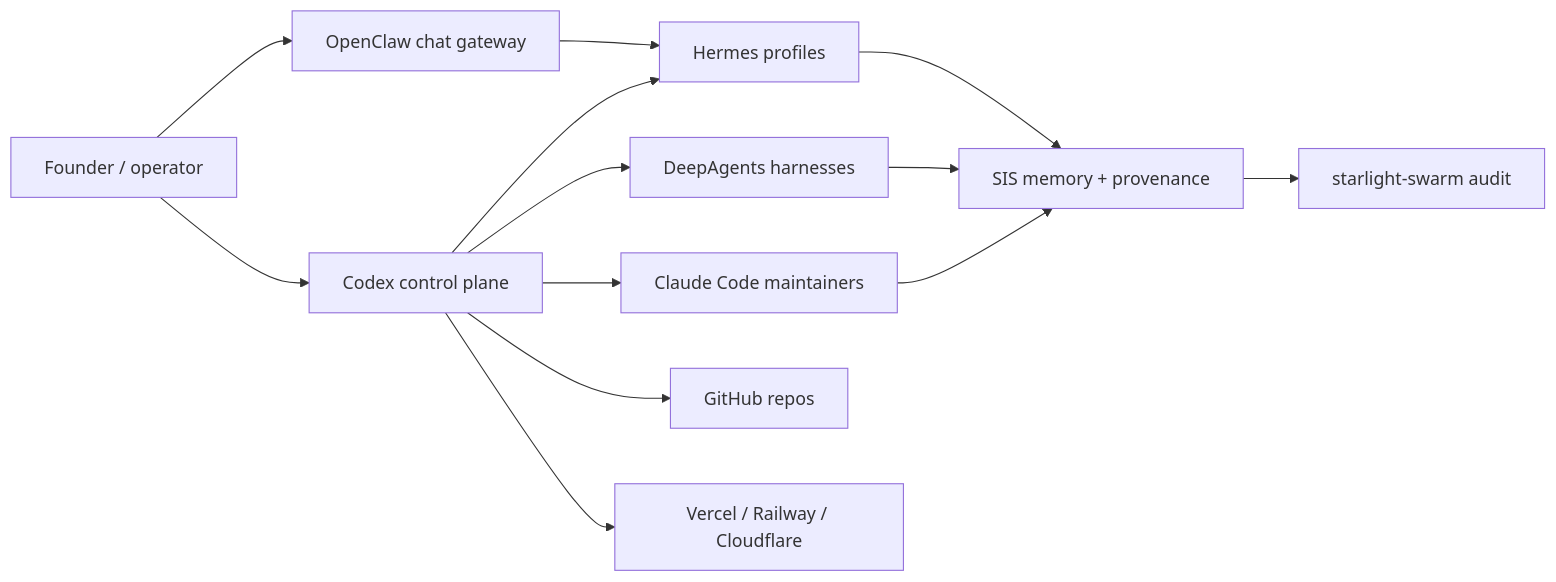
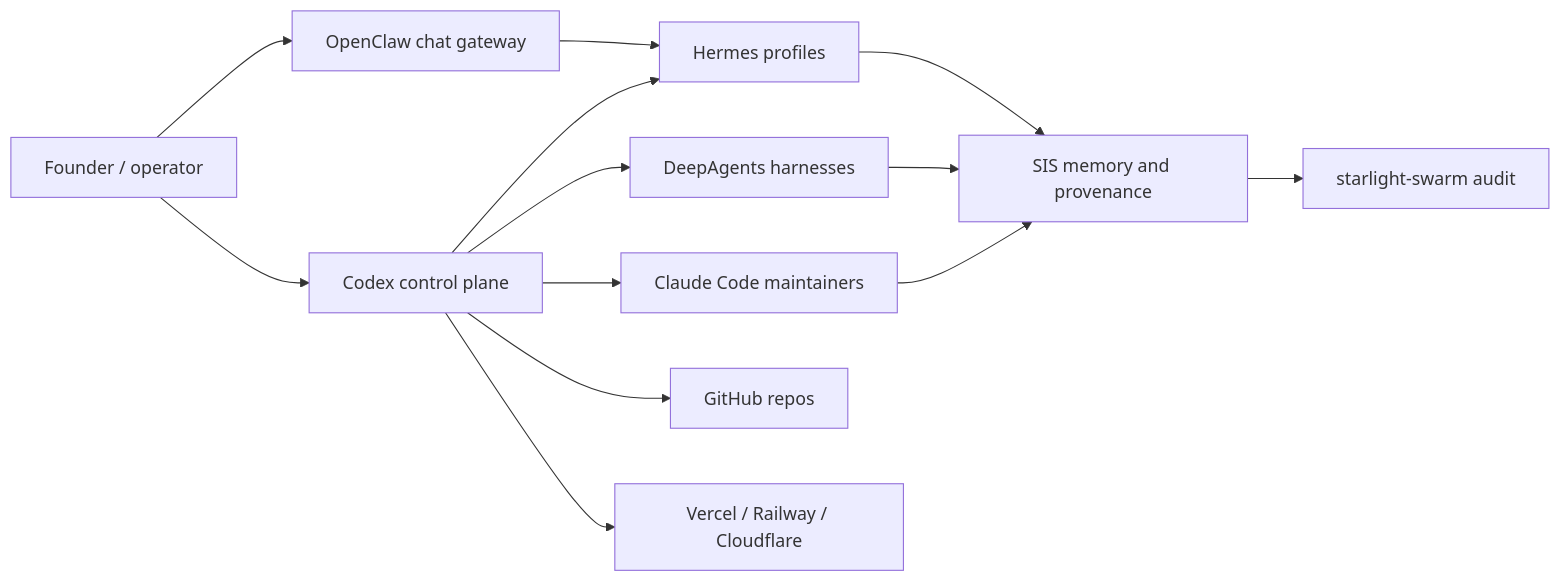
Before and after one commit to frankxai/starlight-agent-army-architecture: the diagram in README.md, drawn with Mermaid. The commit also changed other lines of this file and 8 other files, not shown here.

````diff
--- a/README.md
+++ b/README.md
@@ -12,15 +40,15 @@
 ```mermaid
 flowchart LR
-  U["Founder / operator"] --> CC["Codex control plane"]
-  U --> OC["OpenClaw chat gateway"]
-  OC --> HP["Hermes profiles"]
-  CC --> HP
-  CC --> DH["DeepAgents harnesses"]
-  CC --> CL["Claude Code maintainers"]
-  HP --> SIS["SIS memory + provenance"]
-  DH --> SIS
-  CL --> SIS
-  SIS --> SW["starlight-swarm audit"]
-  CC --> GH["GitHub repos"]
-  CC --> DEP["Vercel / Railway / Cloudflare"]
+  human["Founder / operator"] --> codex["Codex control plane"]
+  human --> openclaw["OpenClaw chat gateway"]
+  openclaw --> hermes["Hermes profiles"]
+  codex --> hermes
+  codex --> deep["DeepAgents harnesses"]
+  codex --> claude["Claude Code maintainers"]
+  hermes --> sis["SIS memory and provenance"]
+  deep --> sis
+  claude --> sis
+  sis --> swarm["starlight-swarm audit"]
+  codex --> github["GitHub repos"]
+  codex --> deploy["Vercel / Railway / Cloudflare"]
 ```
````
